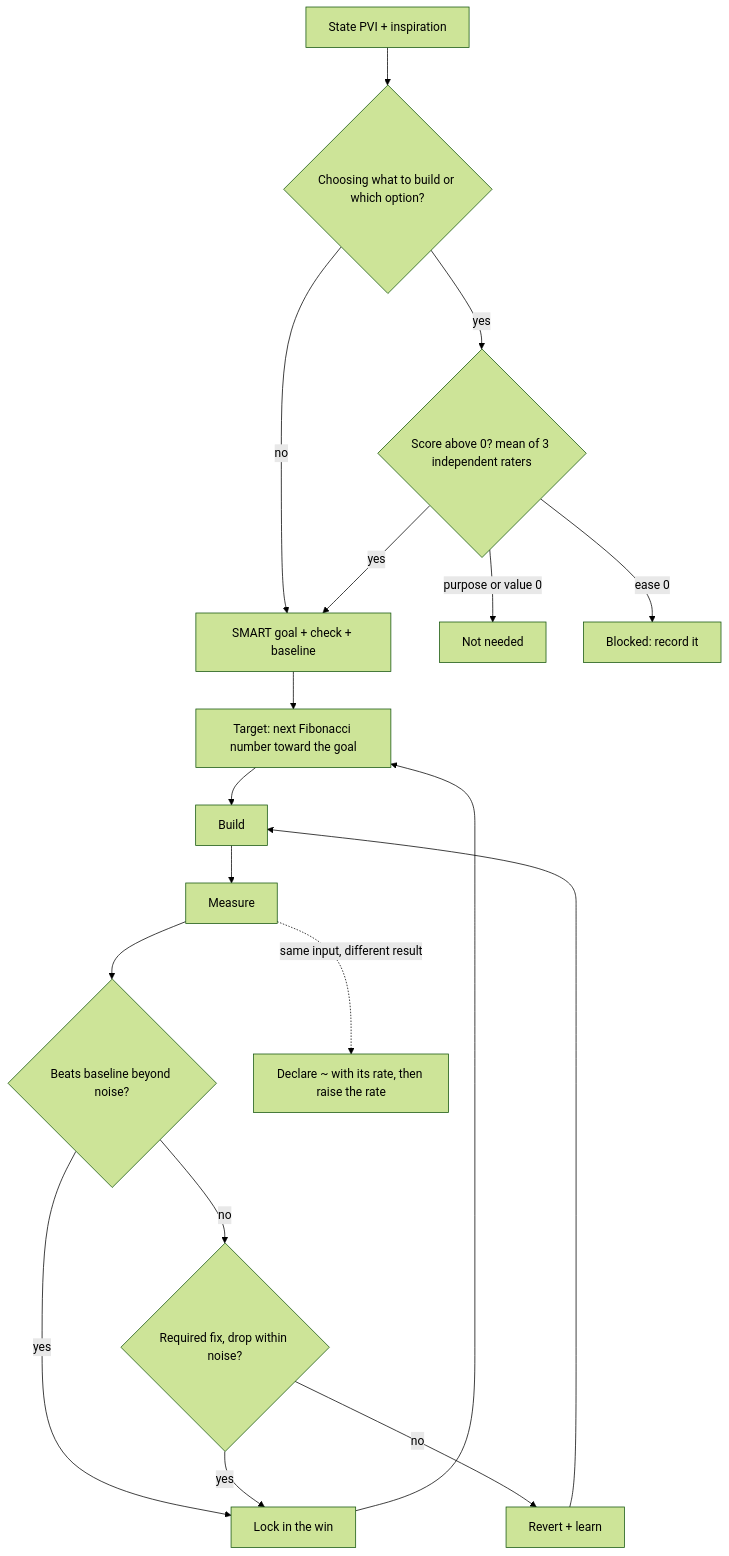
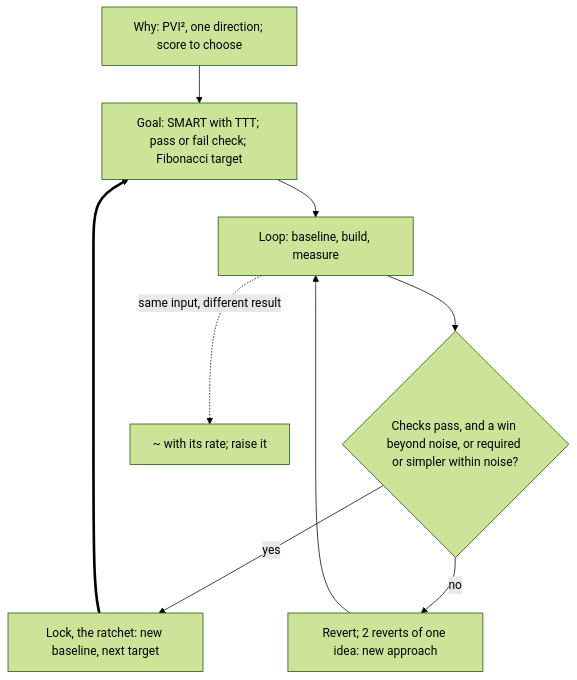
Before and after one commit to SolenixAI/arbiter: the seventh of 14 diagrams in AGENTS.md, drawn with Mermaid (forest theme). The commit also changed other lines of this file and 1 other file, not shown here.

First line of the commit message:
docs(agents): section 6 is Compounding wins, the three-body ratchet (#18)

````diff
--- a/AGENTS.md
+++ b/AGENTS.md
@@ -303,16 +300,10 @@
 ```mermaid
 flowchart TD
-  PV[State PVI + inspiration] --> CH{Choosing what to build or which option?}
-  CH -->|yes| S{Score above 0? mean of 3 independent raters}
-  CH -->|no| G
-  S -->|purpose or value 0| N[Not needed]
-  S -->|ease 0| B[Blocked: record it]
-  S -->|yes| G[SMART goal + check + baseline]
-  G --> T[Target: next Fibonacci number toward the goal] --> BU[Build] --> M[Measure]
-  M --> K{Beats baseline beyond noise?}
-  K -->|yes| L[Lock in the win] --> T
-  K -->|no| RF{Required fix, drop within noise?}
-  RF -->|yes| L
-  RF -->|no| R[Revert + learn] --> BU
-  M -.->|same input, different result| Z["Declare ~ with its rate, then raise the rate"]
+  W["Why: PVI², one direction; score to choose"] --> G["Goal: SMART with TTT; pass or fail check; Fibonacci target"]
+  G --> B["Loop: baseline, build, measure"]
+  B --> K{"Checks pass, and a win beyond noise, or required or simpler within noise?"}
+  K -->|yes| L["Lock, the ratchet: new baseline, next target"]
+  L ==> G
+  K -->|no| R["Revert; 2 reverts of one idea: new approach"] --> B
+  B -.->|same input, different result| Z["~ with its rate; raise it"]
 ```
````
